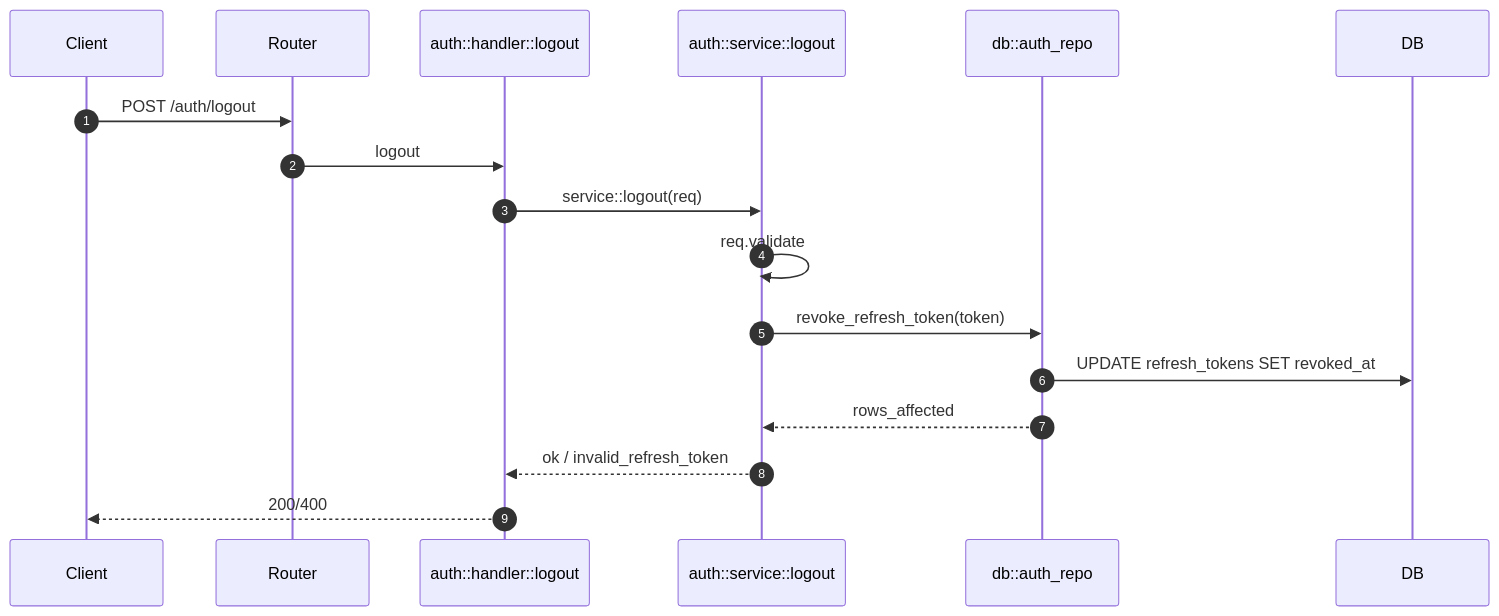
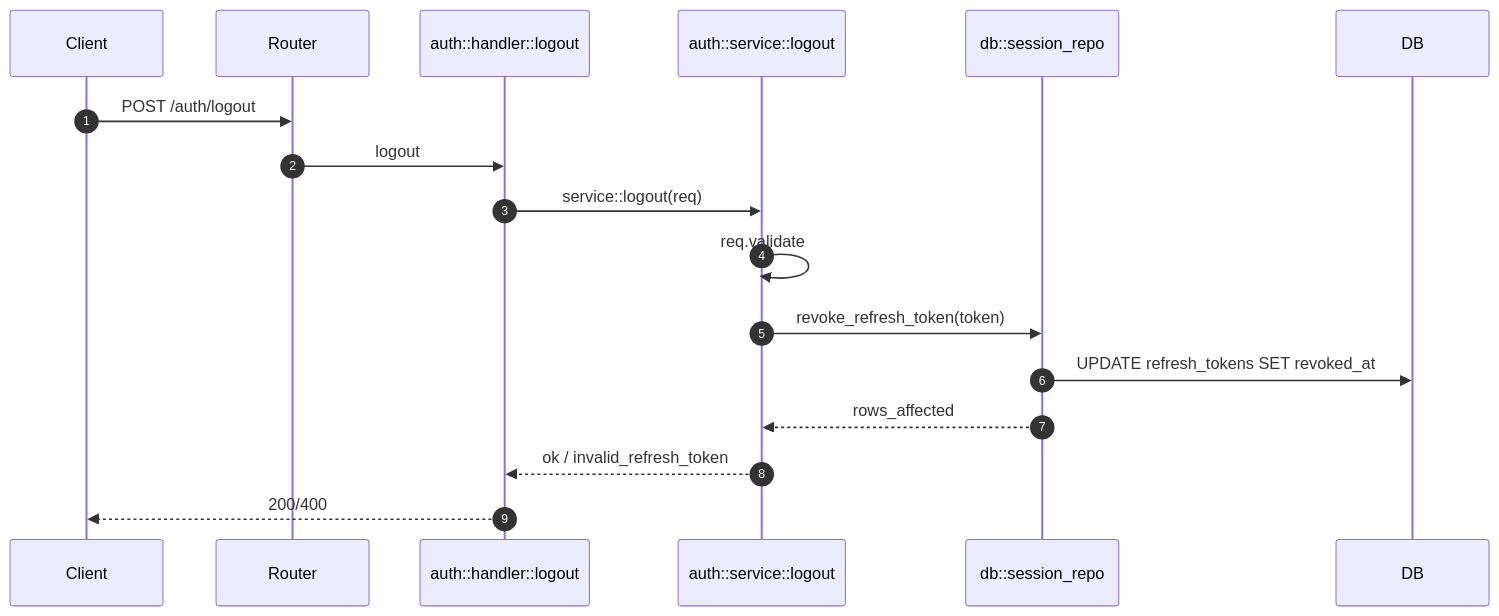
Before and after one commit to jianghs/babyegg-serve: the ninth of 9 diagrams in README.md, drawn with Mermaid. The commit also changed other lines of this file and 1 other file, not shown here.

Commit message:
docs(readme): sync auth and rbac architecture notes

````diff
--- a/README.md
+++ b/README.md
@@ -290,20 +336,20 @@
 ```mermaid
 sequenceDiagram
     autonumber
     participant Client
     participant Router
     participant Handler as auth::handler::logout
     participant Service as auth::service::logout
-    participant AuthRepo as db::auth_repo
+    participant SessionRepo as db::session_repo
     participant DB
 
     Client->>Router: POST /auth/logout
     Router->>Handler: logout
     Handler->>Service: service::logout(req)
     Service->>Service: req.validate
-    Service->>AuthRepo: revoke_refresh_token(token)
-    AuthRepo->>DB: UPDATE refresh_tokens SET revoked_at
-    AuthRepo-->>Service: rows_affected
+    Service->>SessionRepo: revoke_refresh_token(token)
+    SessionRepo->>DB: UPDATE refresh_tokens SET revoked_at
+    SessionRepo-->>Service: rows_affected
     Service-->>Handler: ok / invalid_refresh_token
     Handler-->>Client: 200/400
 ```
````
